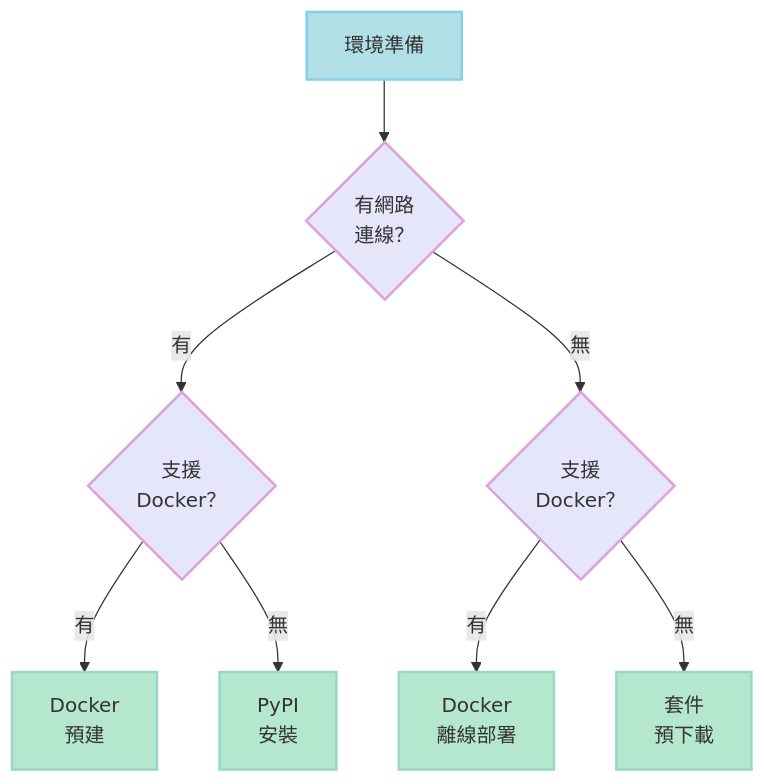
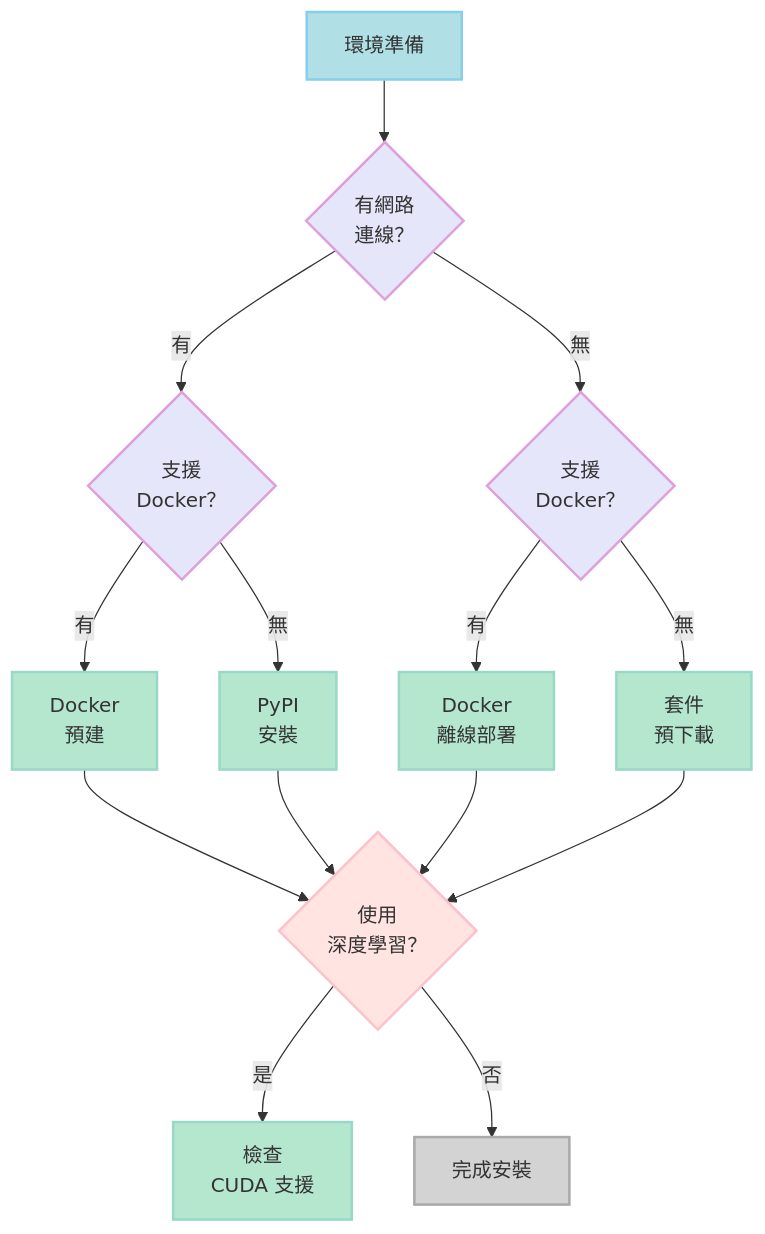
Before and after one commit to nics-dp/petsard: the diagram in doc_site/content/docs/installation/environment-check-flow.zh-tw.mmd, drawn with Mermaid. The commit also changed 17 other files, not shown here.

```diff
--- a/doc_site/content/docs/installation/environment-check-flow.zh-tw.mmd
+++ b/doc_site/content/docs/installation/environment-check-flow.zh-tw.mmd
@@ -1,18 +1,30 @@
 flowchart
     Start[環境準備] --> NetworkCheck{有網路<br/>連線？}
     NetworkCheck -->|有| DockerCheck1{支援<br/>Docker？}
     NetworkCheck -->|無| DockerCheck2{支援<br/>Docker？}
     DockerCheck1 -->|有| DockerPrebuilt[Docker<br/>預建]
     DockerCheck1 -->|無| PyPIInstall[PyPI<br/>安裝]
     DockerCheck2 -->|有| DockerOffline[Docker<br/>離線部署]
     DockerCheck2 -->|無| PackageDownload[套件<br/>預下載]
+    
+    %% 深度學習支援檢查
+    DockerPrebuilt --> DLCheck{使用<br/>深度學習？}
+    PyPIInstall --> DLCheck
+    DockerOffline --> DLCheck
+    PackageDownload --> DLCheck
+    
+    DLCheck -->|是| CUDACheck[檢查<br/>CUDA 支援]
+    DLCheck -->|否| Complete[完成安裝]
 
     %% 馬卡龍配色
     style Start fill:#B0E0E6,stroke:#87CEEB,stroke-width:2px,color:#333
     style NetworkCheck fill:#E6E6FA,stroke:#DDA0DD,stroke-width:2px,color:#333
     style DockerCheck1 fill:#E6E6FA,stroke:#DDA0DD,stroke-width:2px,color:#333
     style DockerCheck2 fill:#E6E6FA,stroke:#DDA0DD,stroke-width:2px,color:#333
     style DockerPrebuilt fill:#B4E7CE,stroke:#98D8C8,stroke-width:2px,color:#333
     style PyPIInstall fill:#B4E7CE,stroke:#98D8C8,stroke-width:2px,color:#333
     style DockerOffline fill:#B4E7CE,stroke:#98D8C8,stroke-width:2px,color:#333
     style PackageDownload fill:#B4E7CE,stroke:#98D8C8,stroke-width:2px,color:#333
+    style DLCheck fill:#FFE4E1,stroke:#FFC0CB,stroke-width:2px,color:#333
+    style CUDACheck fill:#B4E7CE,stroke:#98D8C8,stroke-width:2px,color:#333
+    style Complete fill:#D3D3D3,stroke:#A9A9A9,stroke-width:2px,color:#333
```
